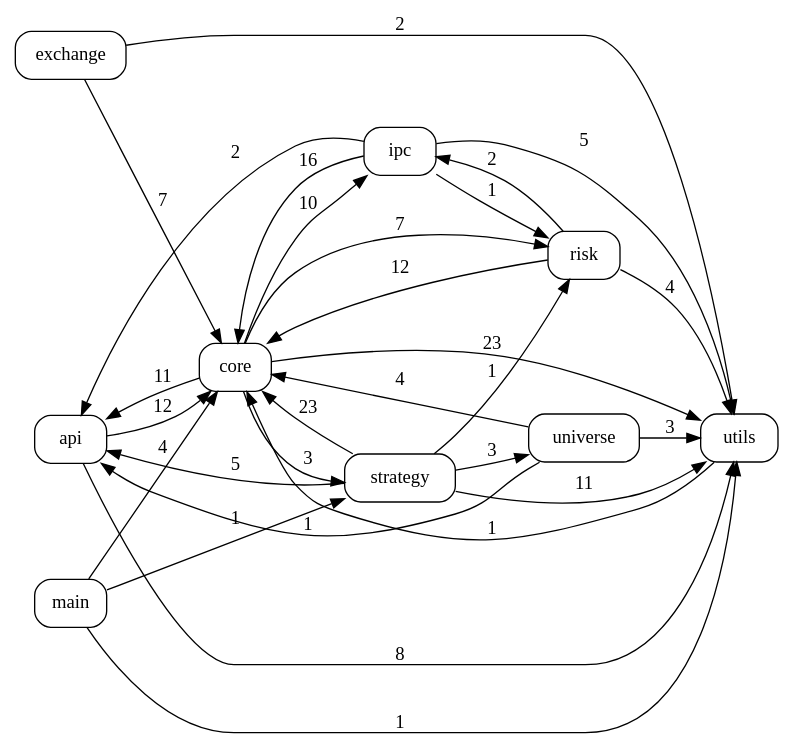
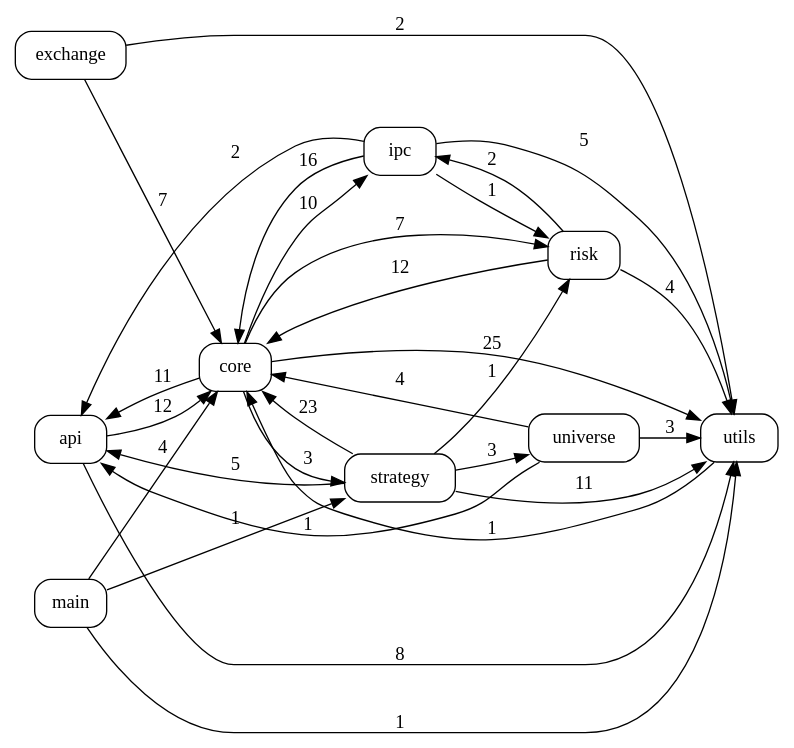
Before and after one commit to pypy8171/Quant: the diagram in docs/code_graph.dot, drawn with Graphviz. The commit also changed 13 other files, not shown here.

```diff
--- a/docs/code_graph.dot
+++ b/docs/code_graph.dot
@@ -1,41 +1,41 @@
 digraph code_graph {
   rankdir=LR;
   node [shape=box, style=rounded, fontname="Consolas"];
   "api";
   "core";
   "exchange";
   "ipc";
   "main";
   "risk";
   "strategy";
   "universe";
   "utils";
   "api" -> "core" [label="12"];
   "api" -> "utils" [label="8"];
   "core" -> "api" [label="11"];
   "core" -> "ipc" [label="10"];
   "core" -> "risk" [label="7"];
   "core" -> "strategy" [label="3"];
-  "core" -> "utils" [label="23"];
+  "core" -> "utils" [label="25"];
   "exchange" -> "core" [label="7"];
   "exchange" -> "utils" [label="2"];
   "ipc" -> "api" [label="2"];
   "ipc" -> "core" [label="16"];
   "ipc" -> "risk" [label="1"];
   "ipc" -> "utils" [label="5"];
   "main" -> "core" [label="4"];
   "main" -> "strategy" [label="1"];
   "main" -> "utils" [label="1"];
   "risk" -> "core" [label="12"];
   "risk" -> "ipc" [label="2"];
   "risk" -> "utils" [label="4"];
   "strategy" -> "api" [label="5"];
   "strategy" -> "core" [label="23"];
   "strategy" -> "risk" [label="1"];
   "strategy" -> "universe" [label="3"];
   "strategy" -> "utils" [label="11"];
   "universe" -> "api" [label="1"];
   "universe" -> "core" [label="4"];
   "universe" -> "utils" [label="3"];
   "utils" -> "core" [label="1"];
 }
```
